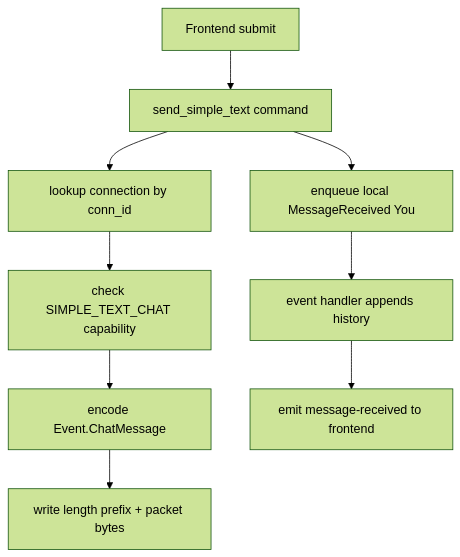
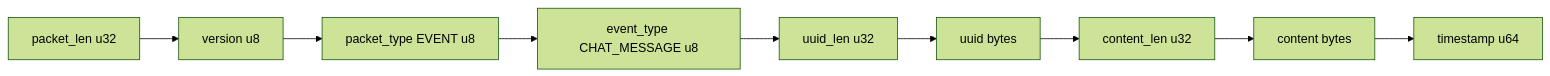
The fourth of 4 diagrams in PROJECT_OVERVIEW.md (Subhranil-Maity/ghostline), drawn with Mermaid (forest theme) before and after one commit. The commit also changed other lines of this file and 13 other files, not shown here.

````diff
--- a/PROJECT_OVERVIEW.md
+++ b/PROJECT_OVERVIEW.md
@@ -526,11 +518,11 @@
 ```mermaid
-flowchart TD
-    A[Frontend submit] --> B[send_simple_text command]
-    B --> C[lookup connection by conn_id]
-    C --> D[check SIMPLE_TEXT_CHAT capability]
-    D --> E[encode Event.ChatMessage]
-    E --> F[write length prefix + packet bytes]
-    B --> G[enqueue local MessageReceived You]
-    G --> H[event handler appends history]
-    H --> I[emit message-received to frontend]
+flowchart LR
+    A[packet_len u32] --> B[version u8]
+    B --> C[packet_type EVENT u8]
+    C --> D[event_type CHAT_MESSAGE u8]
+    D --> E[uuid_len u32]
+    E --> F[uuid bytes]
+    F --> G[content_len u32]
+    G --> H[content bytes]
+    H --> I[timestamp u64]
 ```
````
